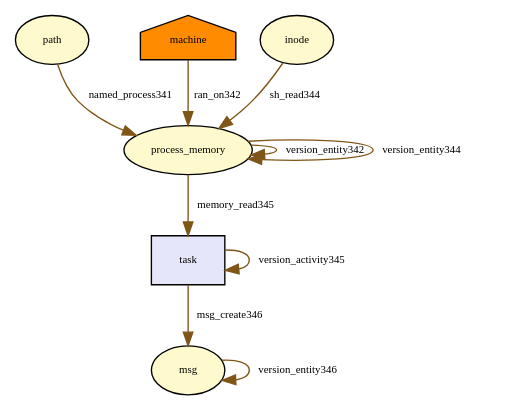
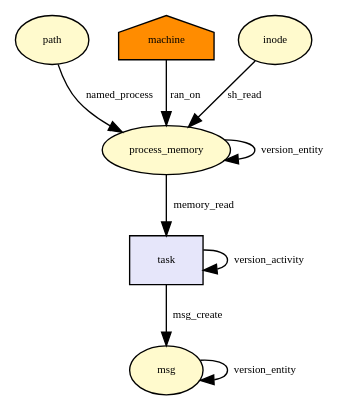
The diagram in tmp/provenance_msg_msg_alloc_security.dot (TinkerBellSystem/graph-matching), drawn with Graphviz before and after one commit. The commit also changed 64 other files, not shown here.

Commit message:
simply graph

```diff
--- a/tmp/provenance_msg_msg_alloc_security.dot
+++ b/tmp/provenance_msg_msg_alloc_security.dot
@@ -1,31 +1,29 @@
 digraph RGL__DirectedAdjacencyGraph {path[fontsize = 8,label = "path",shape = ellipse, fillcolor="#fffacd", style = filled]
 
 process_memory[fontsize = 8,label = "process_memory",shape = ellipse, fillcolor="#fffacd", style = filled]
 
-path -> process_memory[fontsize = 8,label = "named_process341", color="#7f5518"]
+path -> process_memory[fontsize = 8,label = "named_process", color="#000000"]
 
-process_memory -> process_memory[fontsize = 8,label = "version_entity342", color="#7f5518"]
+process_memory -> process_memory[fontsize = 8,label = "version_entity", color="#000000"]
 
 machine[fontsize = 8,label = "machine",shape = house, fillcolor="#ff8c00", style = filled]
 
-machine -> process_memory[fontsize = 8,label = "ran_on342", color="#7f5518"]
-
-process_memory -> process_memory[fontsize = 8,label = "version_entity344", color="#7f5518"]
+machine -> process_memory[fontsize = 8,label = "ran_on", color="#000000"]
 
 inode[fontsize = 8,label = "inode",shape = ellipse, fillcolor="#fffacd", style = filled]
 
-inode -> process_memory[fontsize = 8,label = "sh_read344", color="#7f5518"]
+inode -> process_memory[fontsize = 8,label = "sh_read", color="#000000"]
 
 task[fontsize = 8,label = "task",shape = rectangle, fillcolor="#e6e6fa", style = filled]
 
-task -> task[fontsize = 8,label = "version_activity345", color="#7f5518"]
+task -> task[fontsize = 8,label = "version_activity", color="#000000"]
 
-process_memory -> task[fontsize = 8,label = "memory_read345", color="#7f5518"]
+process_memory -> task[fontsize = 8,label = "memory_read", color="#000000"]
 
 msg[fontsize = 8,label = "msg",shape = ellipse, fillcolor="#fffacd", style = filled]
 
-msg -> msg[fontsize = 8,label = "version_entity346", color="#7f5518"]
+msg -> msg[fontsize = 8,label = "version_entity", color="#000000"]
 
-task -> msg[fontsize = 8,label = "msg_create346", color="#7f5518"]
+task -> msg[fontsize = 8,label = "msg_create", color="#000000"]
 
 }
```
